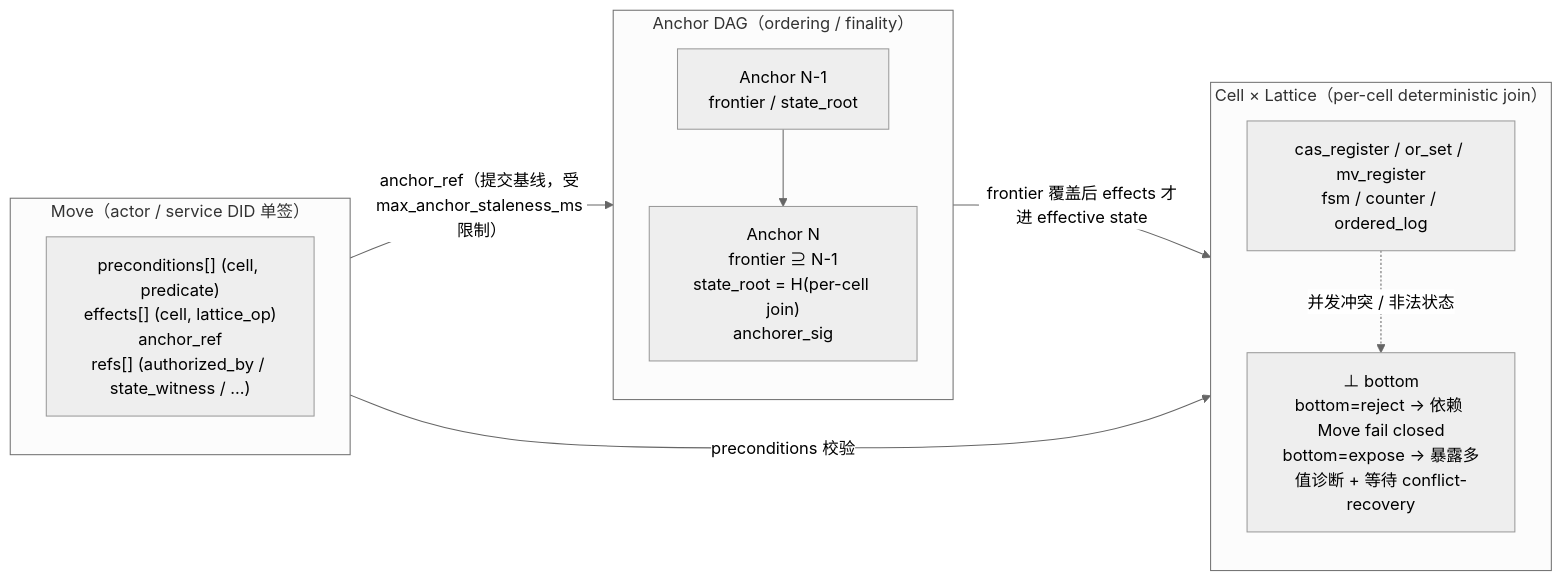
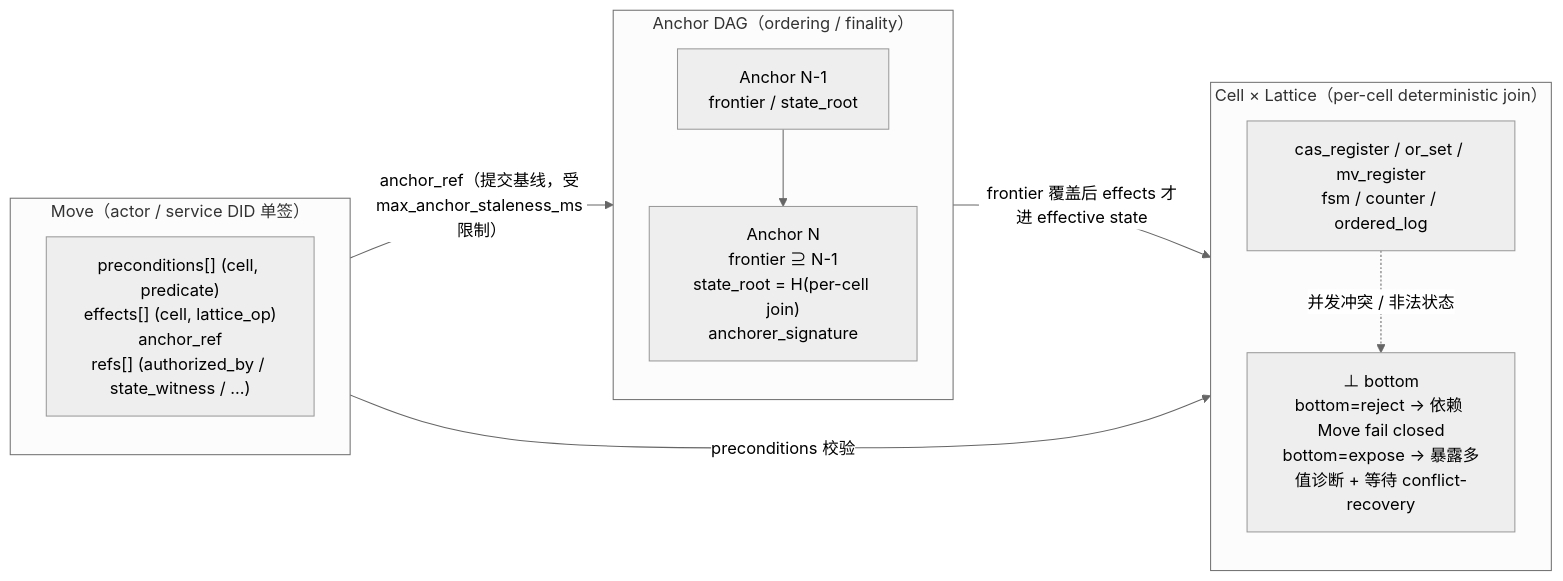
One commit to arkret-org/arkret-spec changed the diagram in spec/v1/zh/authz/event-auth-state-resolution.md. Above: the diagram before and after it, drawn with Mermaid (neutral theme). The commit also changed other lines of this file and 25 other files, not shown here.

````diff
--- a/spec/v1/zh/authz/event-auth-state-resolution.md
+++ b/spec/v1/zh/authz/event-auth-state-resolution.md
@@ -45,25 +45,25 @@
 ```mermaid
 flowchart LR
     subgraph M ["Move（actor / service DID 单签）"]
         direction TB
         Mbox["preconditions[] (cell, predicate)<br/>effects[] (cell, lattice_op)<br/>anchor_ref<br/>refs[] (authorized_by / state_witness / ...)"]
     end
 
     subgraph A ["Anchor DAG（ordering / finality）"]
         direction TB
         A1["Anchor N-1<br/>frontier / state_root"]
-        A2["Anchor N<br/>frontier ⊇ N-1<br/>state_root = H(per-cell join)<br/>anchorer_sig"]
+        A2["Anchor N<br/>frontier ⊇ N-1<br/>state_root = H(per-cell join)<br/>anchorer_signature"]
         A1 --> A2
     end
 
     subgraph L ["Cell × Lattice（per-cell deterministic join）"]
         direction TB
         Cells["cas_register / or_set / mv_register<br/>fsm / counter / ordered_log"]
         Bot["⊥ bottom<br/>bottom=reject → 依赖 Move fail closed<br/>bottom=expose → 暴露多值诊断 + 等待 conflict-recovery"]
         Cells -. "并发冲突 / 非法状态" .-> Bot
     end
 
     Mbox -- "anchor_ref（提交基线，受 max_anchor_staleness_ms 限制）" --> A
     Mbox -- "preconditions 校验" --> Cells
     A -- "frontier 覆盖后 effects 才进 effective state" --> Cells
 ```
````
